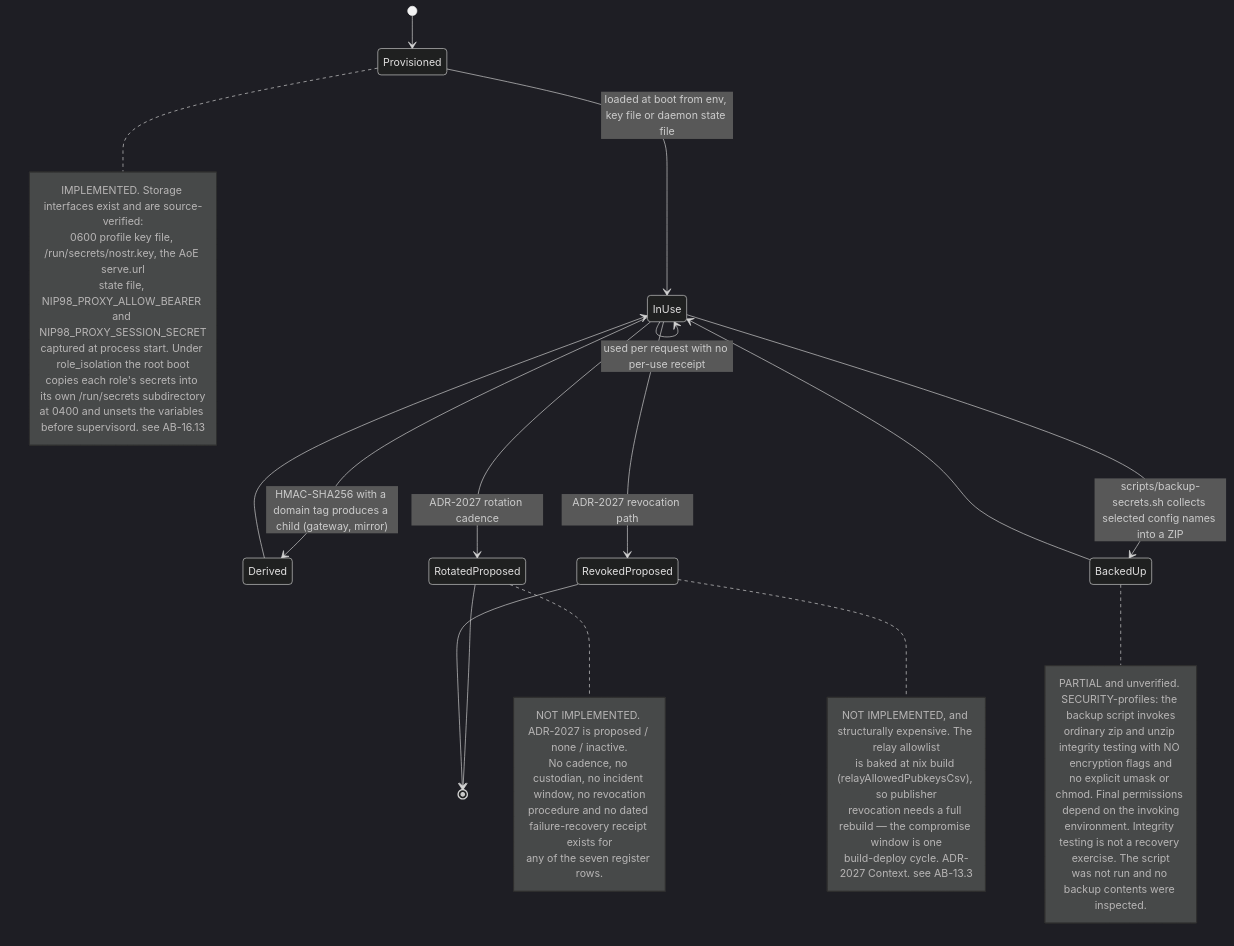
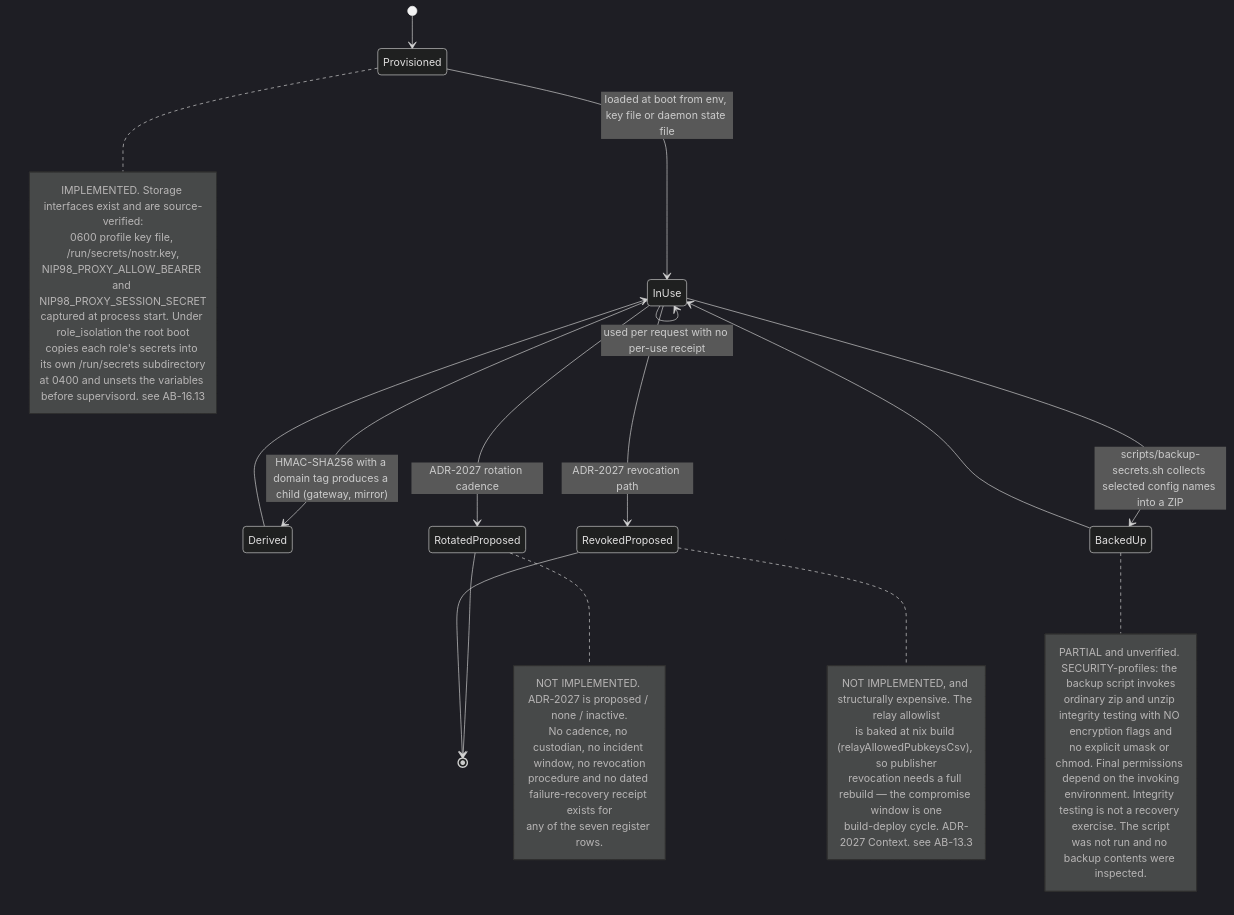
One commit to DreamLab-AI/VisionFlow changed the eighth of 14 diagrams in docs/diagrams/agentbox/16-secrets-custody-seccomp-profiles.md. Above: the diagram before and after it, drawn with Mermaid (dark theme). The commit also changed other lines of this file and 145 other files, not shown here.

````diff
--- a/docs/diagrams/agentbox/16-secrets-custody-seccomp-profiles.md
+++ b/docs/diagrams/agentbox/16-secrets-custody-seccomp-profiles.md
@@ -312,41 +315,41 @@
 ```mermaid
 stateDiagram-v2
     [*] --> Provisioned
     Provisioned --> InUse : loaded at boot from env, key file or daemon state file
     InUse --> InUse : used per request with no per-use receipt
     InUse --> Derived : HMAC-SHA256 with a domain tag produces a child (gateway, mirror)
     Derived --> InUse
     InUse --> BackedUp : scripts/backup-secrets.sh collects selected config names into a ZIP
     BackedUp --> InUse
     InUse --> RotatedProposed : ADR-2027 rotation cadence
     InUse --> RevokedProposed : ADR-2027 revocation path
     RotatedProposed --> [*]
     RevokedProposed --> [*]
     note right of Provisioned
         IMPLEMENTED. Storage interfaces exist and are source-verified:
-        0600 profile key file, /run/secrets/nostr.key, the AoE serve.url
-        state file, NIP98_PROXY_ALLOW_BEARER and NIP98_PROXY_SESSION_SECRET
+        0600 profile key file, /run/secrets/nostr.key,
+        NIP98_PROXY_ALLOW_BEARER and NIP98_PROXY_SESSION_SECRET
         captured at process start. Under role_isolation the root boot
         copies each role's secrets into its own /run/secrets subdirectory
         at 0400 and unsets the variables before supervisord. see AB-16.13
     end note
     note right of BackedUp
         PARTIAL and unverified. SECURITY-profiles: the backup script invokes
         ordinary zip and unzip integrity testing with NO encryption flags and
         no explicit umask or chmod. Final permissions depend on the invoking
         environment. Integrity testing is not a recovery exercise. The script
         was not run and no backup contents were inspected.
     end note
     note right of RotatedProposed
         NOT IMPLEMENTED. ADR-2027 is proposed / none / inactive.
         No cadence, no custodian, no incident window, no revocation
         procedure and no dated failure-recovery receipt exists for
         any of the seven register rows.
     end note
     note right of RevokedProposed
         NOT IMPLEMENTED, and structurally expensive. The relay allowlist
         is baked at nix build (relayAllowedPubkeysCsv), so publisher
         revocation needs a full rebuild — the compromise window is one
         build-deploy cycle. ADR-2027 Context. see AB-13.3
     end note
 ```
````
